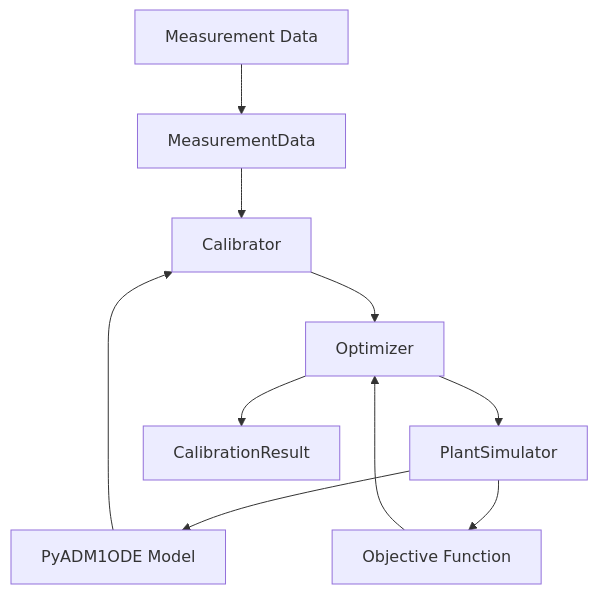
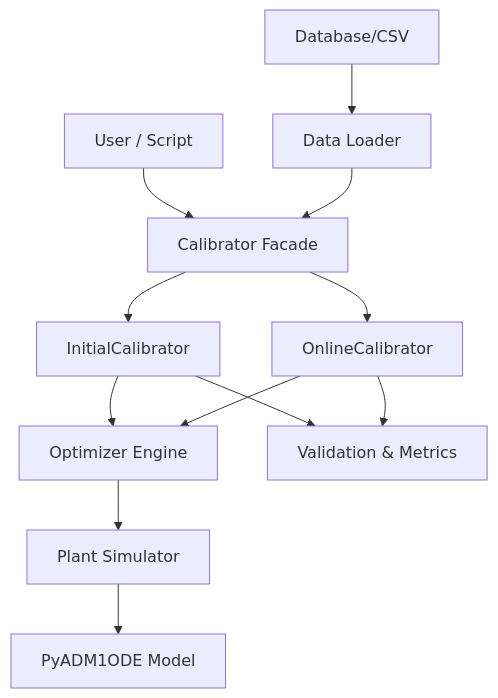
One commit to dgaida/PyADM1ODE_calibration changed the first of 2 diagrams in docs/en/architecture/index.md. Above: the diagram before and after it, drawn with Mermaid. The commit also changed other lines of this file and 48 other files, not shown here.

````diff
--- a/docs/en/architecture/index.md
+++ b/docs/en/architecture/index.md
@@ -9,12 +9,18 @@
 ```mermaid
 graph TD
-    A[Measurement Data] --> B[MeasurementData]
-    B --> C[Calibrator]
-    D[PyADM1ODE Model] --> C
-    C --> E[Optimizer]
-    E --> F[PlantSimulator]
-    F --> D
-    F --> G[Objective Function]
-    G --> E
-    E --> H[CalibrationResult]
+    A[User / Script] --> B[Calibrator Facade]
+    B --> C[InitialCalibrator]
+    B --> D[OnlineCalibrator]
+
+    C --> E[Optimizer Engine]
+    D --> E
+
+    E --> F[Plant Simulator]
+    F --> G[PyADM1ODE Model]
+
+    H[Data Loader] --> B
+    I[Database/CSV] --> H
+
+    C --> J[Validation & Metrics]
+    D --> J
 ```
````
